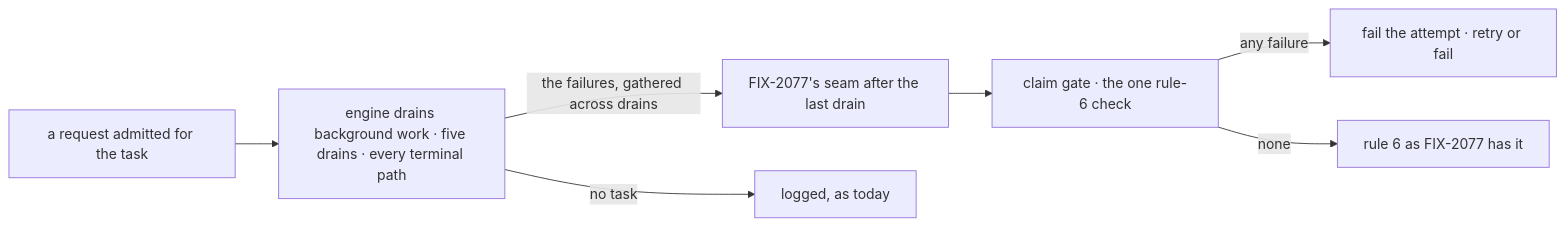
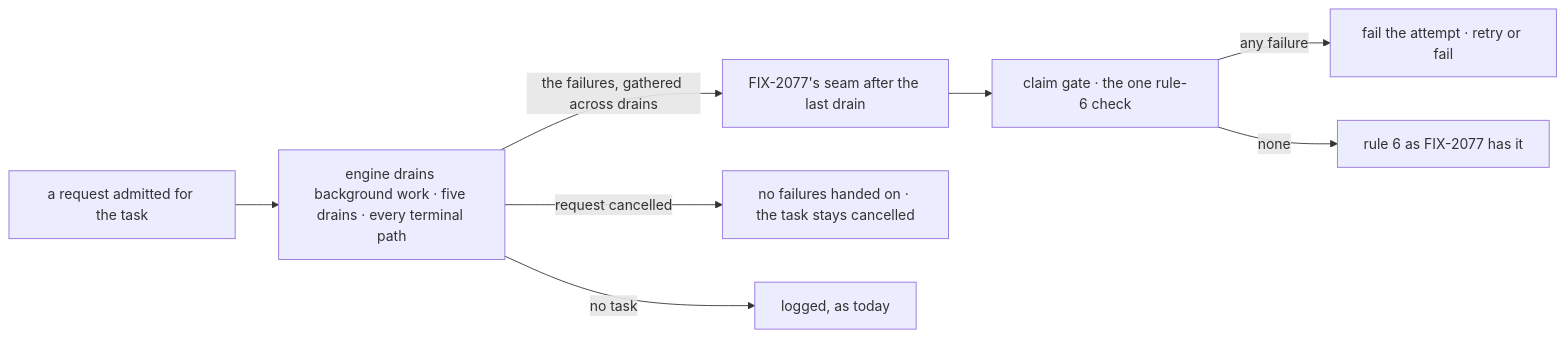
Before and after one commit to fixpoint-labs/flow-state-dev: the second of 2 diagrams in specs/issues/FIX-2088/SPEC.md, drawn with Mermaid. The commit also changed other lines of this file and 2 other files, not shown here.

First line of the commit message:
spec(FIX-2088): review round 1 — cancel test named, failures stay in the pool, D1 price

````diff
--- a/specs/issues/FIX-2088/SPEC.md
+++ b/specs/issues/FIX-2088/SPEC.md
@@ -70,9 +72,10 @@
 ```mermaid
 flowchart LR
   W["a request admitted for the task"] --> D["engine drains background work · five drains · every terminal path"]
   D -->|"the failures, gathered across drains"| S["FIX-2077's seam after the last drain"]
+  D -->|"request cancelled"| N["no failures handed on · the task stays cancelled"]
   S --> G["claim gate · the one rule-6 check"]
   G -->|"any failure"| F["fail the attempt · retry or fail"]
   G -->|"none"| R["rule 6 as FIX-2077 has it"]
   D -->|"no task"| L["logged, as today"]
 ```
````
